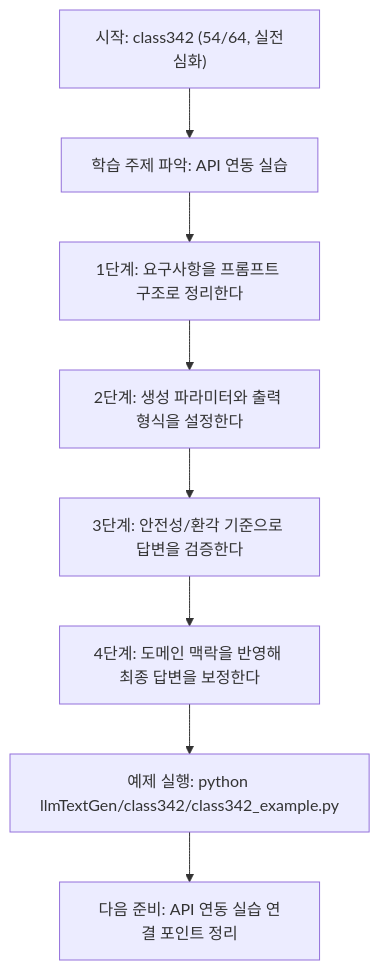
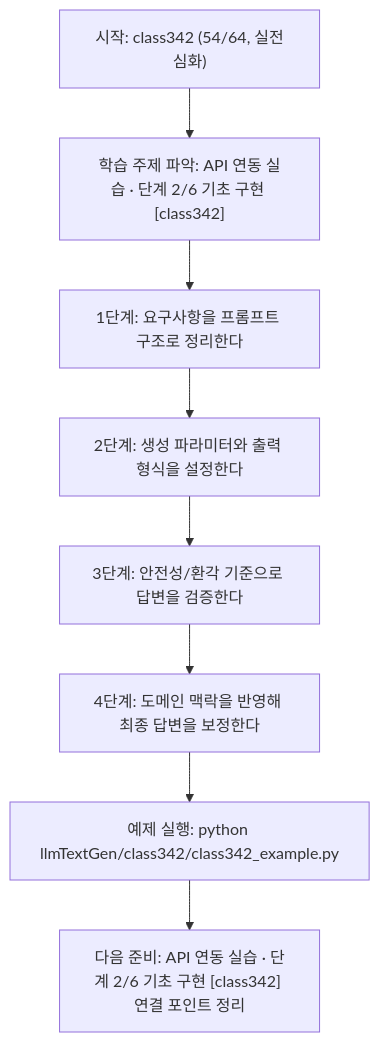
Before and after one commit to edumgt/Python-AI_Agent-Class: the diagram in llmTextGen/class342/class342.md, drawn with Mermaid. The commit also changed other lines of this file and 522 other files, not shown here.

````diff
--- a/llmTextGen/class342/class342.md
+++ b/llmTextGen/class342/class342.md
@@ -113,18 +114,18 @@
 ```mermaid
 flowchart TD
 N1["시작: class342 (54/64, 실전심화)"]
-N2["학습 주제 파악: API 연동 실습"]
+N2["학습 주제 파악: API 연동 실습 · 단계 2/6 기초 구현 [class342]"]
 N3["1단계: 요구사항을 프롬프트 구조로 정리한다"]
 N4["2단계: 생성 파라미터와 출력 형식을 설정한다"]
 N5["3단계: 안전성/환각 기준으로 답변을 검증한다"]
 N6["4단계: 도메인 맥락을 반영해 최종 답변을 보정한다"]
 N7["예제 실행: python llmTextGen/class342/class342_example.py"]
-N8["다음 준비: API 연동 실습 연결 포인트 정리"]
+N8["다음 준비: API 연동 실습 · 단계 2/6 기초 구현 [class342] 연결 포인트 정리"]
 N1 --> N2
 N2 --> N3
 N3 --> N4
 N4 --> N5
 N5 --> N6
 N6 --> N7
 N7 --> N8
 ```
````
